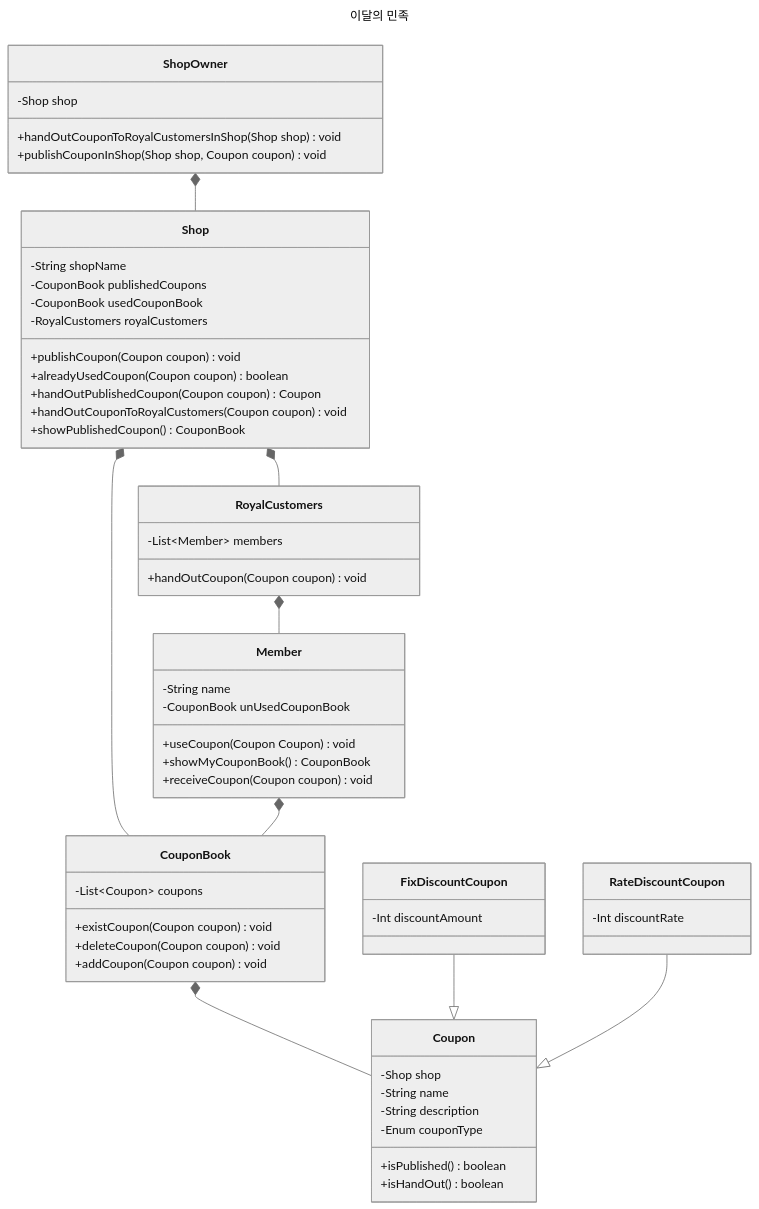
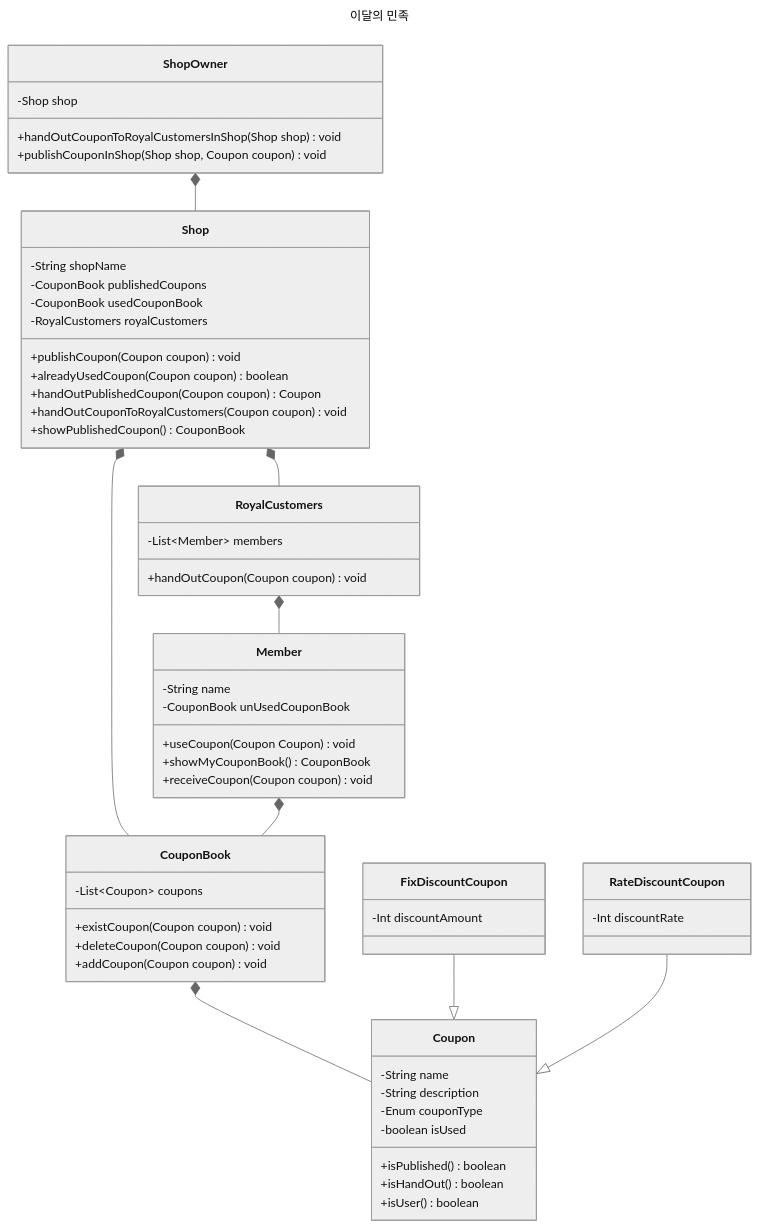
Before and after one commit to Exagonal-Study/est-delivery: the first of 2 diagrams in README.md, drawn with Mermaid (neutral theme).

Commit message:
chore : 도메인 모델링 수정

````diff
--- a/README.md
+++ b/README.md
@@ -41,70 +41,71 @@
 ```mermaid
 ---
 title: 이달의 민족
 ---
 classDiagram
     Shop *-- CouponBook
     Shop *-- RoyalCustomers
     RoyalCustomers *-- Member
     Member *-- CouponBook
     CouponBook *-- Coupon
     FixDiscountCoupon --|> Coupon
     RateDiscountCoupon --|> Coupon
     ShopOwner *-- Shop
 
     class CouponBook{
 			-List~Coupon~ coupons
 			+existCoupon(Coupon coupon) void
 			+deleteCoupon(Coupon coupon) void
 			+addCoupon(Coupon coupon) void
     }
 
     class Coupon{
-			-Shop shop
 			-String name
 			-String description
 			-Enum couponType
+			-boolean isUsed
 			+isPublished() boolean
 			+isHandOut() boolean
+			+isUser() boolean
     }
 
     class FixDiscountCoupon{
 			-Int discountAmount
     }
 
     class RateDiscountCoupon{
 			-Int discountRate
     }
 
     class Member{
 			-String name
 			-CouponBook unUsedCouponBook
 			+useCoupon(Coupon Coupon) void
 			+showMyCouponBook() CouponBook
 			+receiveCoupon(Coupon coupon) void
     }
 
 		class ShopOwner{
 			-Shop shop
 			+handOutCouponToRoyalCustomersInShop(Shop shop) void
 			+publishCouponInShop(Shop shop, Coupon coupon) void
 		}
 
 		class Shop{
 			-String shopName
 			-CouponBook publishedCoupons
 			-CouponBook usedCouponBook
 			-RoyalCustomers royalCustomers
 			+publishCoupon(Coupon coupon) void
 			+alreadyUsedCoupon(Coupon coupon) boolean
 			+handOutPublishedCoupon(Coupon coupon) Coupon
 			+handOutCouponToRoyalCustomers(Coupon coupon) void
 			+showPublishedCoupon() CouponBook
 		}
 
 		class RoyalCustomers{
 			-List~Member~ members
 			+handOutCoupon(Coupon coupon) void
 		}
 
 ```
````
